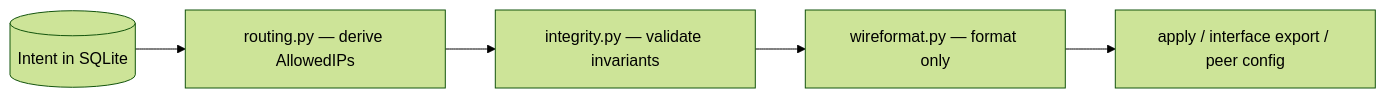
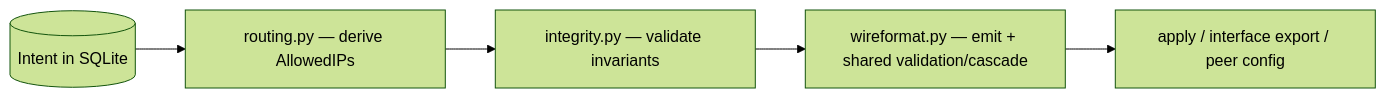
The second of 5 diagrams in README.md (aleaz/wgpl), drawn with Mermaid (forest theme) before and after one commit. The commit also changed other lines of this file and 7 other files, not shown here.

````diff
--- a/README.md
+++ b/README.md
@@ -84,10 +84,10 @@
 ```mermaid
 flowchart LR
   IntentDB[(Intent in SQLite)]
   RoutingPy["routing.py — derive AllowedIPs"]
   IntegrityPy["integrity.py — validate invariants"]
-  WireformatPy["wireformat.py — format only"]
+  WireformatPy["wireformat.py — emit + shared validation/cascade"]
   ApplyPaths["apply / interface export / peer config"]
 
   IntentDB --> RoutingPy --> IntegrityPy --> WireformatPy --> ApplyPaths
 ```
````
